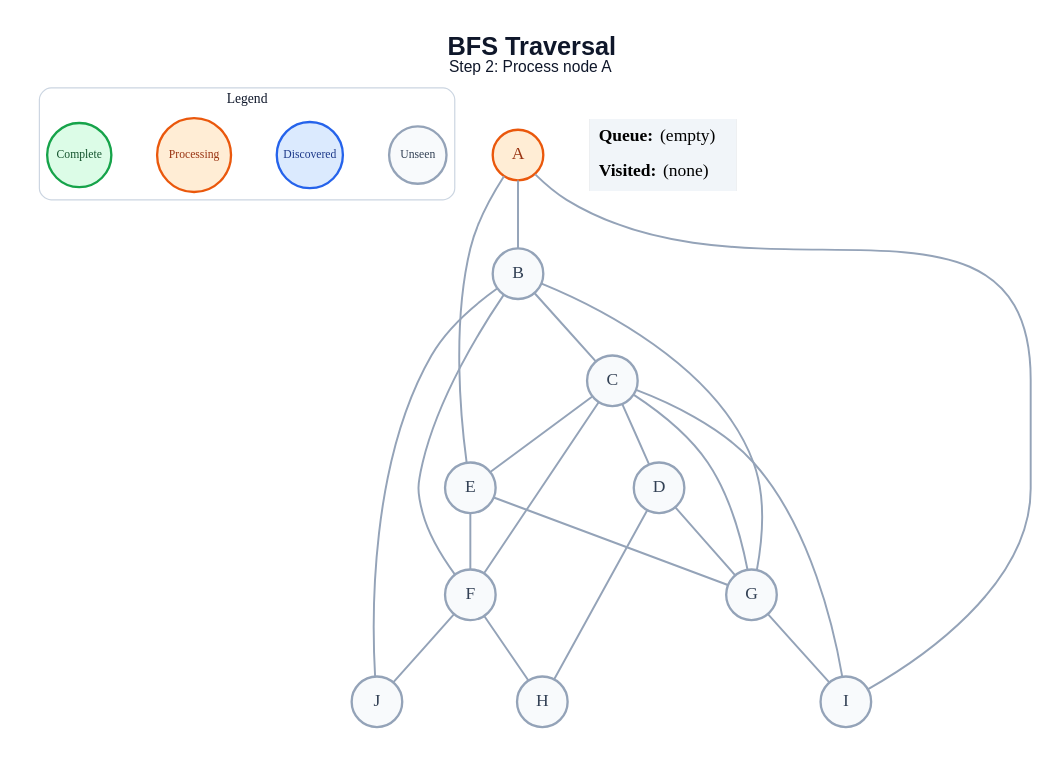
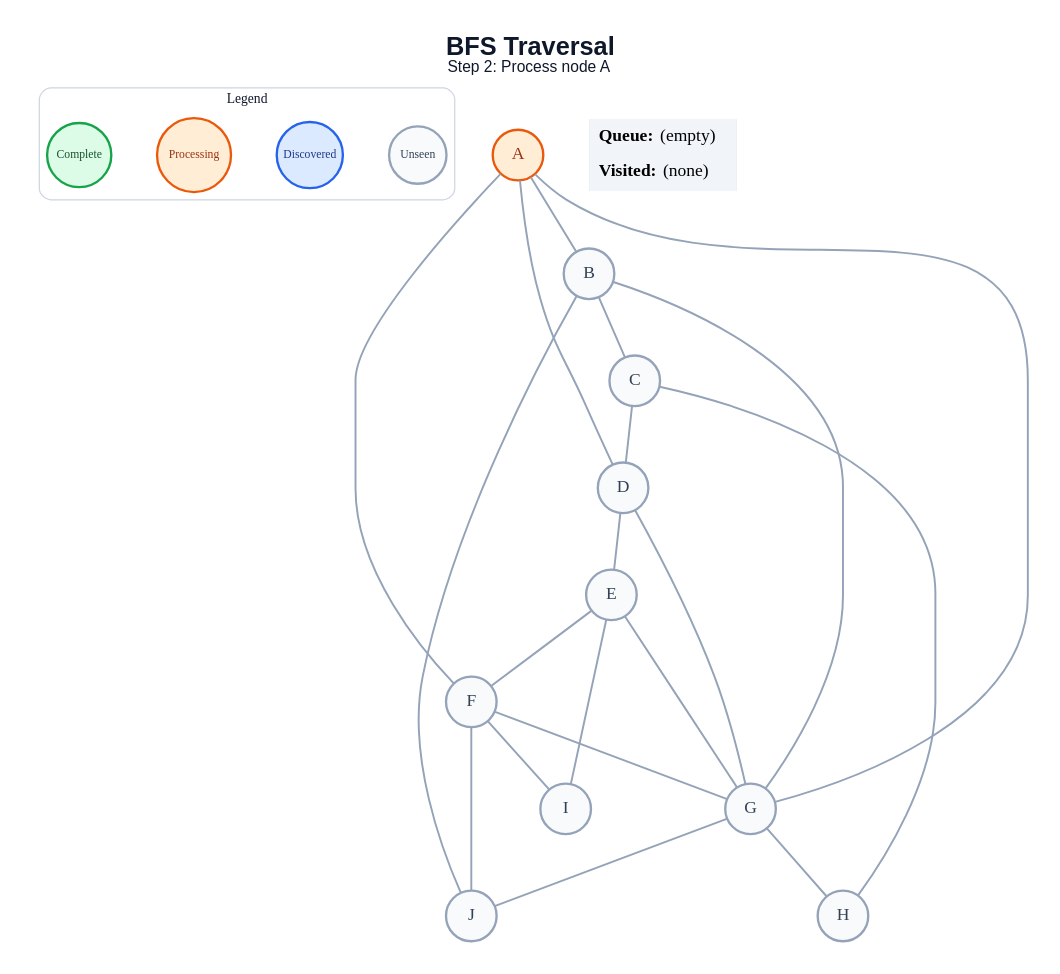
Before and after one commit to amanghodawala9/ai-slop: the diagram in generated/bfs/step_02.dot, drawn with Graphviz. The commit also changed 178 other files, not shown here.

```diff
--- a/generated/bfs/step_02.dot
+++ b/generated/bfs/step_02.dot
@@ -1,48 +1,48 @@
 graph traversal {
   graph [layout=dot, rankdir=TB, bgcolor="#FFFFFF", pad="0.35", nodesep="0.65", ranksep="0.8", fontname="Arial"];
   node [shape=circle, style="filled", fontname="Arial Bold", fontsize=18, width=0.72, fixedsize=true, penwidth=2.4];
   edge [color="#94A3B8", penwidth=2.0];
   label=<<B>BFS Traversal</B><BR/><FONT POINT-SIZE="16">Step 2: Process node A</FONT>>; labelloc="t"; fontsize=26; fontname="Arial"; fontcolor="#0F172A";
   subgraph cluster_legend { label="Legend"; color="#CBD5E1"; penwidth=1.2; style="rounded"; fontsize=14; fontname="Arial Bold";
     key_unseen [label="Unseen", fillcolor="#F8FAFC", color="#94A3B8", fontcolor="#334155", fontsize=12, width=0.82];
     key_frontier [label="Discovered", fillcolor="#DBEAFE", color="#2563EB", fontcolor="#1E3A8A", fontsize=12, width=0.95];
     key_current [label="Processing", fillcolor="#FFEDD5", color="#EA580C", fontcolor="#9A3412", fontsize=12, width=1.05];
     key_done [label="Complete", fillcolor="#DCFCE7", color="#16A34A", fontcolor="#14532D", fontsize=12, width=0.92];
     { rank=same; key_unseen; key_frontier; key_current; key_done; }
   }
   A [fillcolor="#FFEDD5", color="#EA580C", fontcolor="#9A3412"];
   B [fillcolor="#F8FAFC", color="#94A3B8", fontcolor="#334155"];
   C [fillcolor="#F8FAFC", color="#94A3B8", fontcolor="#334155"];
   D [fillcolor="#F8FAFC", color="#94A3B8", fontcolor="#334155"];
   E [fillcolor="#F8FAFC", color="#94A3B8", fontcolor="#334155"];
   F [fillcolor="#F8FAFC", color="#94A3B8", fontcolor="#334155"];
   G [fillcolor="#F8FAFC", color="#94A3B8", fontcolor="#334155"];
   H [fillcolor="#F8FAFC", color="#94A3B8", fontcolor="#334155"];
   I [fillcolor="#F8FAFC", color="#94A3B8", fontcolor="#334155"];
   J [fillcolor="#F8FAFC", color="#94A3B8", fontcolor="#334155"];
   A -- B;
-  A -- E;
-  A -- I;
+  A -- D;
+  A -- F;
+  A -- G;
   B -- C;
-  B -- F;
   B -- G;
   B -- J;
   C -- D;
-  C -- E;
-  C -- F;
-  C -- G;
-  C -- I;
+  C -- H;
+  D -- E;
   D -- G;
-  D -- H;
   E -- F;
   E -- G;
-  F -- H;
+  E -- I;
+  F -- G;
+  F -- I;
   F -- J;
-  G -- I;
+  G -- H;
+  G -- J;
   status [shape=plain, fixedsize=false, width=0, height=0, margin=0, label=<
     <TABLE BORDER="0" CELLBORDER="0" CELLPADDING="7" BGCOLOR="#F1F5F9">
       <TR><TD ALIGN="LEFT"><B>Queue:</B> (empty)</TD></TR>
       <TR><TD ALIGN="LEFT"><B>Visited:</B> (none)</TD></TR>
     </TABLE>
   >];
 }
```
